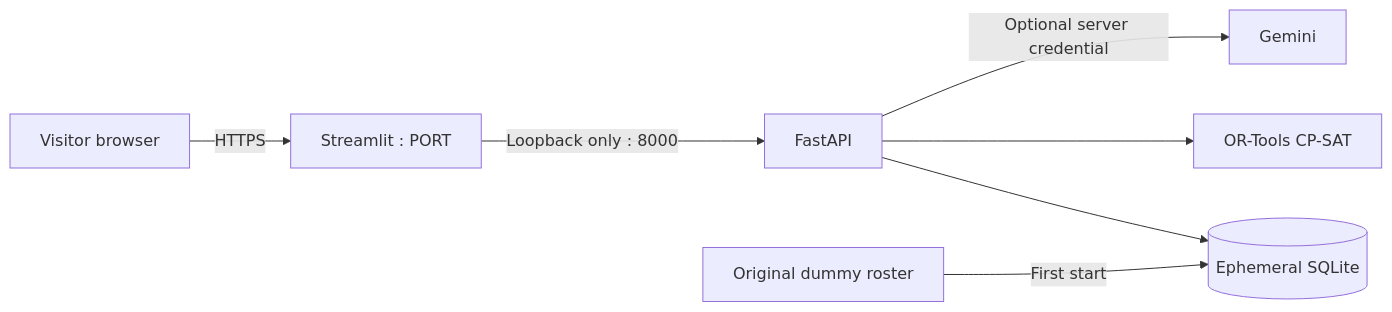
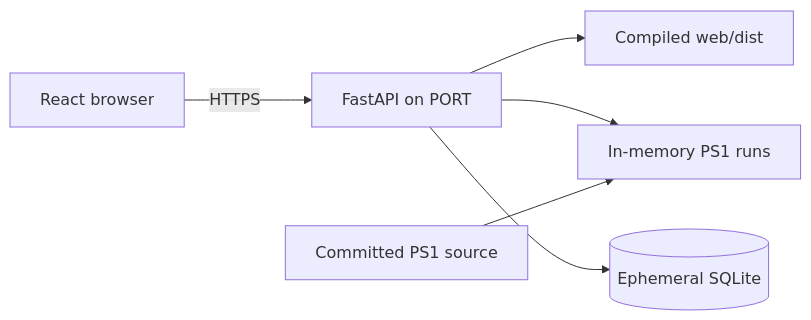
Before and after one commit to simonraj79/ngeebula_ui_ux: the diagram in docs/RENDER_DEPLOYMENT.md, drawn with Mermaid. The commit also changed other lines of this file and 137 other files, not shown here.

````diff
--- a/docs/RENDER_DEPLOYMENT.md
+++ b/docs/RENDER_DEPLOYMENT.md
@@ -5,9 +14,8 @@
 ```mermaid
 flowchart LR
-    V[Visitor browser] -->|HTTPS| UI[Streamlit : PORT]
-    UI -->|Loopback only : 8000| API[FastAPI]
-    API --> DB[(Ephemeral SQLite)]
-    Seed[Original dummy roster] -->|First start| DB
-    API --> Solver[OR-Tools CP-SAT]
-    API -->|Optional server credential| AI[Gemini]
+    Browser[React browser] -->|HTTPS| Server[FastAPI on PORT]
+    Server --> Static[Compiled web/dist]
+    Server --> PS1[In-memory PS1 runs]
+    Server --> DB[(Ephemeral SQLite)]
+    CSV[Committed PS1 source] --> PS1
 ```
````
